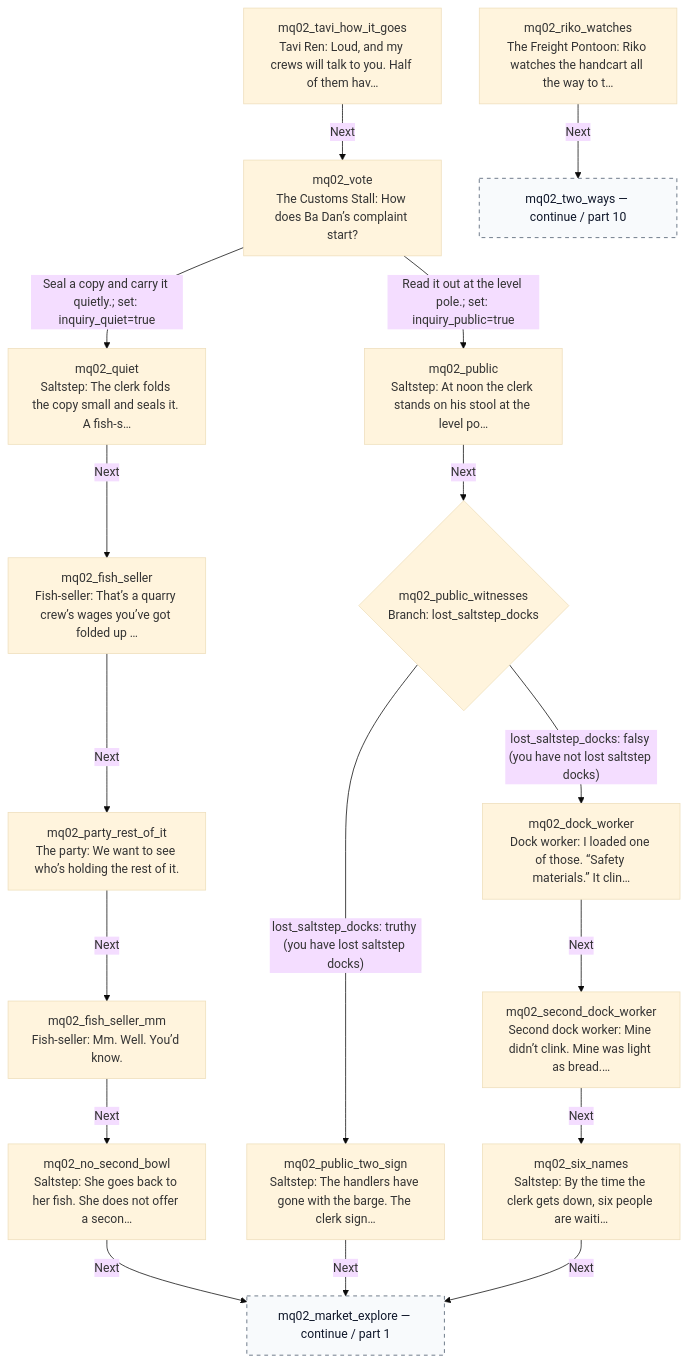
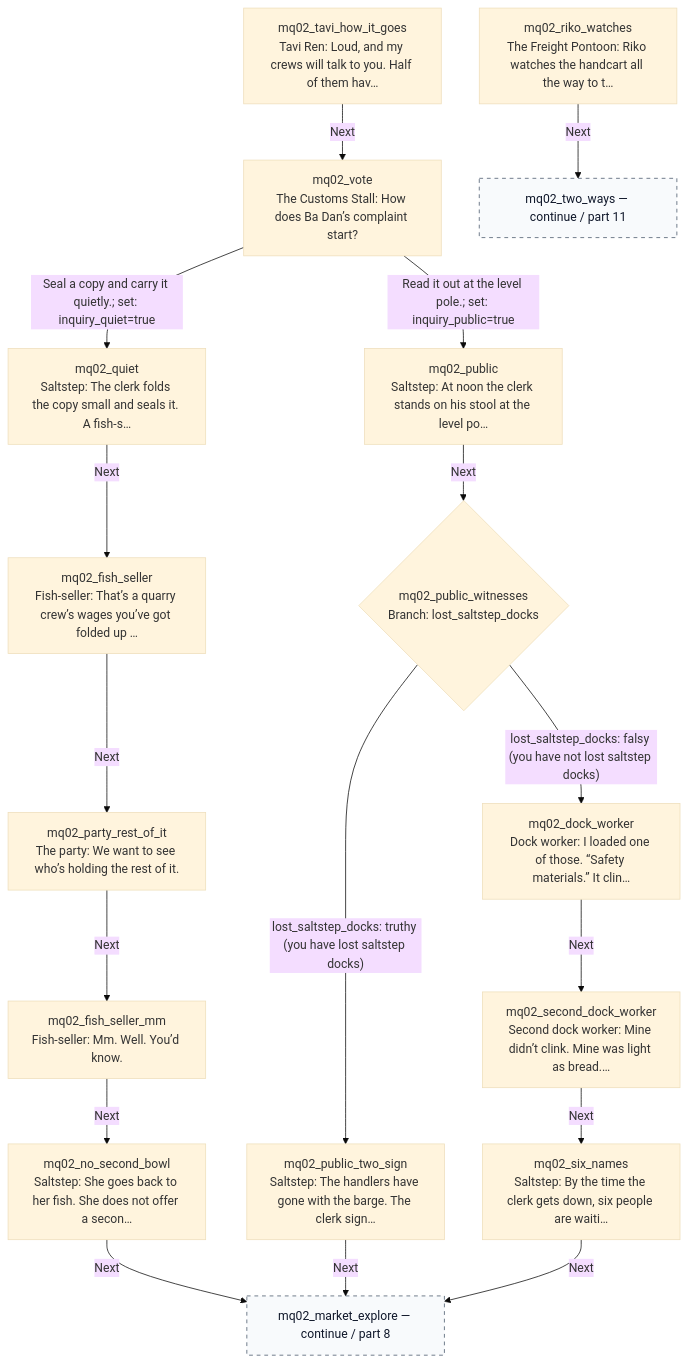
Before and after one commit to jaredbahr/Avatarrpg: diagram 12 of 13 in docs/story/mq02-paper-and-stone.md, drawn with Mermaid (base theme). The commit also changed other lines of this file and 13 other files, not shown here.

````diff
--- a/docs/story/mq02-paper-and-stone.md
+++ b/docs/story/mq02-paper-and-stone.md
@@ -457,38 +475,38 @@
 ```mermaid
 flowchart TD
   n188["mq02_riko_watches<br/>The Freight Pontoon: Riko watches the handcart all the way to t…"]
   n213["mq02_tavi_how_it_goes<br/>Tavi Ren: Loud, and my crews will talk to you. Half of them hav…"]
   n238["mq02_vote<br/>The Customs Stall: How does Ba Dan’s complaint start?"]
   n180["mq02_public<br/>Saltstep: At noon the clerk stands on his stool at the level po…"]
   n185["mq02_quiet<br/>Saltstep: The clerk folds the copy small and seals it. A fish-s…"]
   n182{"mq02_public_witnesses<br/>Branch: lost_saltstep_docks"}
   n151["mq02_fish_seller<br/>Fish-seller: That’s a quarry crew’s wages you’ve got folded up …"]
   n181["mq02_public_two_sign<br/>Saltstep: The handlers have gone with the barge. The clerk sign…"]
   n138["mq02_dock_worker<br/>Dock worker: I loaded one of those. “Safety materials.” It clin…"]
   n177["mq02_party_rest_of_it<br/>The party: We want to see who’s holding the rest of it."]
   n192["mq02_second_dock_worker<br/>Second dock worker: Mine didn’t clink. Mine was light as bread.…"]
   n152["mq02_fish_seller_mm<br/>Fish-seller: Mm. Well. You’d know."]
   n193["mq02_six_names<br/>Saltstep: By the time the clerk gets down, six people are waiti…"]
   n174["mq02_no_second_bowl<br/>Saltstep: She goes back to her fish. She does not offer a secon…"]
-  n171["mq02_market_explore — continue / part 1"]:::continuation
-  n216["mq02_two_ways — continue / part 10"]:::continuation
+  n171["mq02_market_explore — continue / part 8"]:::continuation
+  n216["mq02_two_ways — continue / part 11"]:::continuation
   n138 -->|"Next"| n192
   n151 -->|"Next"| n177
   n152 -->|"Next"| n174
   n174 -->|"Next"| n171
   n177 -->|"Next"| n152
   n180 -->|"Next"| n182
   n181 -->|"Next"| n171
   n182 -->|"lost_saltstep_docks: truthy (you have lost saltstep docks)"| n181
   n182 -->|"lost_saltstep_docks: falsy (you have not lost saltstep docks)"| n138
   n185 -->|"Next"| n151
   n188 -->|"Next"| n216
   n192 -->|"Next"| n193
   n193 -->|"Next"| n171
   n213 -->|"Next"| n238
   n238 -->|"Read it out at the level pole.; set: inquiry_public=true"| n180
   n238 -->|"Seal a copy and carry it quietly.; set: inquiry_quiet=true"| n185
   classDef entry fill:#dcfce7,stroke:#15803d,color:#14532d
   classDef external fill:#f3e8ff,stroke:#7e22ce,color:#581c87
   classDef continuation fill:#f8fafc,stroke:#475569,color:#0f172a,stroke-dasharray:5 5
 ```
````
